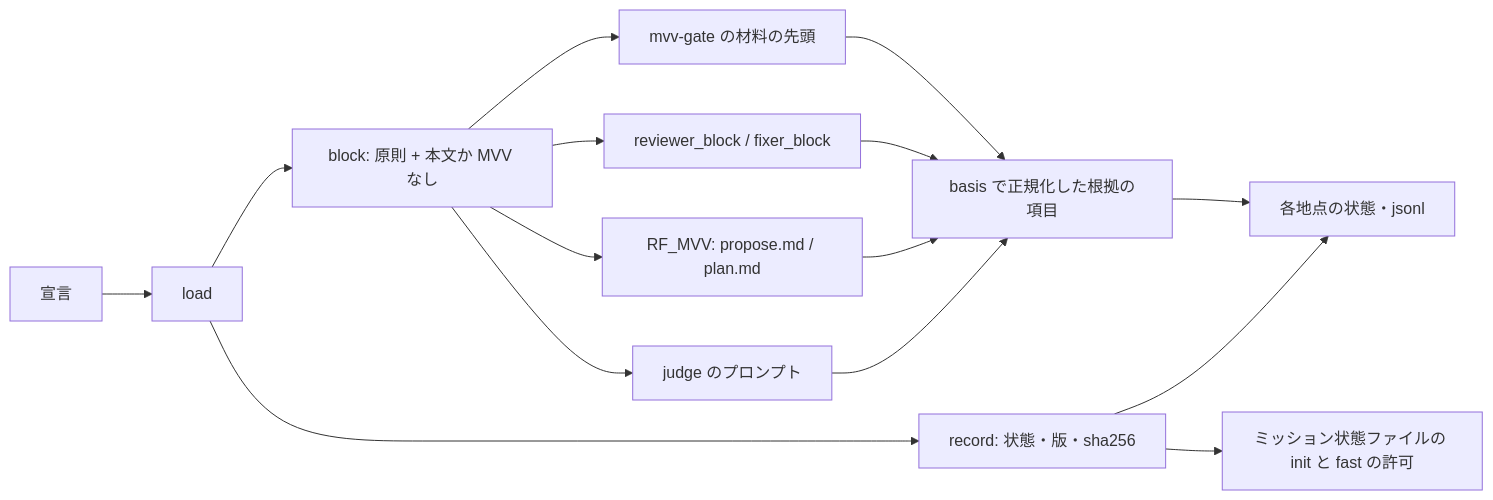
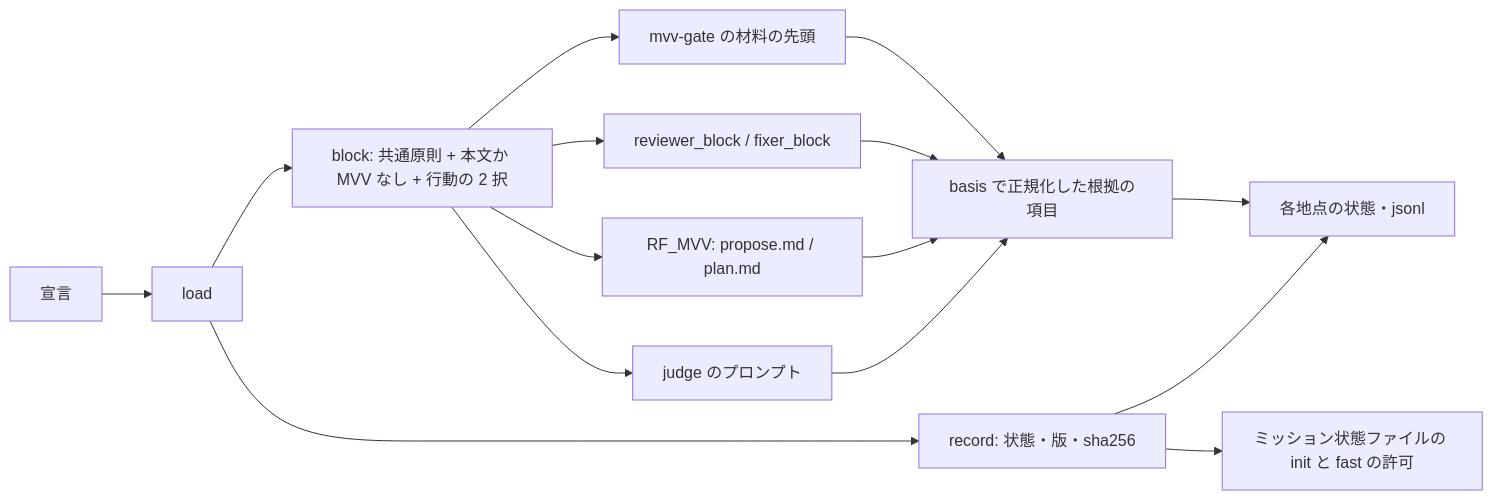
The fourth of 8 diagrams in issues/issue-1366-design.md (devbasex/ai-plugins), drawn with Mermaid before and after one commit. The commit also changed other lines of this file and 6 other files, not shown here.

````diff
--- a/issues/issue-1366-design.md
+++ b/issues/issue-1366-design.md
@@ -399,17 +427,17 @@
 ```mermaid
 graph LR
     D[宣言] --> LD[load]
-    LD --> BL[block: 原則 + 本文か MVV なし]
+    LD --> BL[block: 共通原則 + 本文か MVV なし + 行動の 2 択]
     LD --> RC[record: 状態・版・sha256]
     BL --> G[mvv-gate の材料の先頭]
     BL --> R[reviewer_block / fixer_block]
     BL --> F[RF_MVV: propose.md / plan.md]
     BL --> J[judge のプロンプト]
     RC --> S[各地点の状態・jsonl]
     RC --> MS[ミッション状態ファイルの init と fast の許可]
     G --> B[basis で正規化した根拠の項目]
     R --> B
     F --> B
     J --> B
     B --> S
 ```
````
